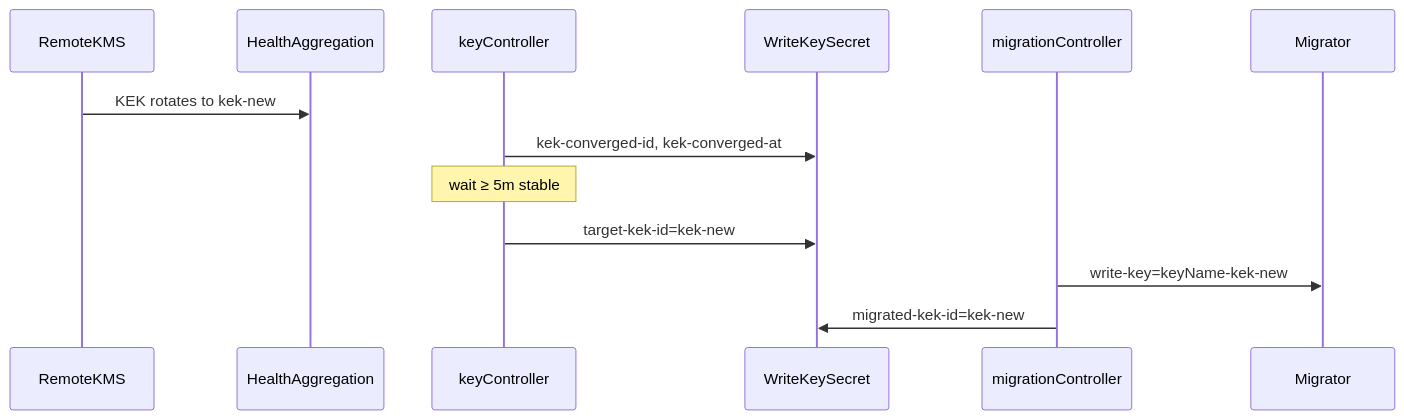
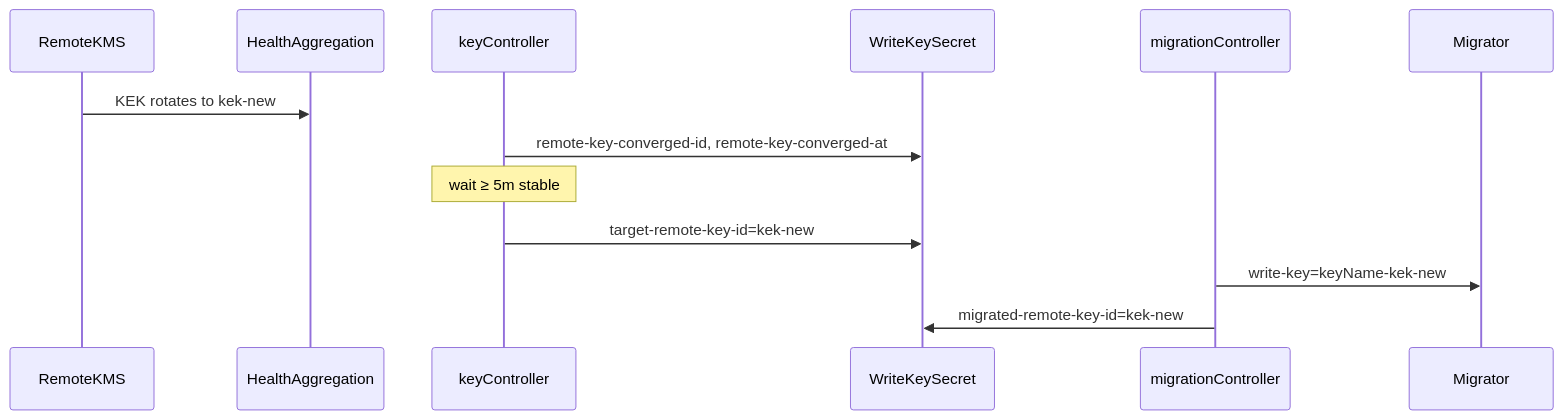
One commit to openshift/enhancements changed the second of 3 diagrams in enhancements/kube-apiserver/kms-encryption-foundations.md. Above: the diagram before and after it, drawn with Mermaid. The commit also changed other lines of this file, not shown here.

First line of the commit message:
NO-JIRA: update to move kek to remote key id

````diff
--- a/enhancements/kube-apiserver/kms-encryption-foundations.md
+++ b/enhancements/kube-apiserver/kms-encryption-foundations.md
@@ -556,16 +556,16 @@
 ```mermaid
 sequenceDiagram
     participant KMS as RemoteKMS
     participant Health as HealthAggregation
     participant KeyCtrl as keyController
     participant Secret as WriteKeySecret
     participant MigCtrl as migrationController
     participant SVM as Migrator
 
     KMS->>Health: KEK rotates to kek-new
-    KeyCtrl->>Secret: kek-converged-id, kek-converged-at
+    KeyCtrl->>Secret: remote-key-converged-id, remote-key-converged-at
     Note over KeyCtrl: wait ≥ 5m stable
-    KeyCtrl->>Secret: target-kek-id=kek-new
+    KeyCtrl->>Secret: target-remote-key-id=kek-new
     MigCtrl->>SVM: write-key=keyName-kek-new
-    MigCtrl->>Secret: migrated-kek-id=kek-new
+    MigCtrl->>Secret: migrated-remote-key-id=kek-new
 ```
````
